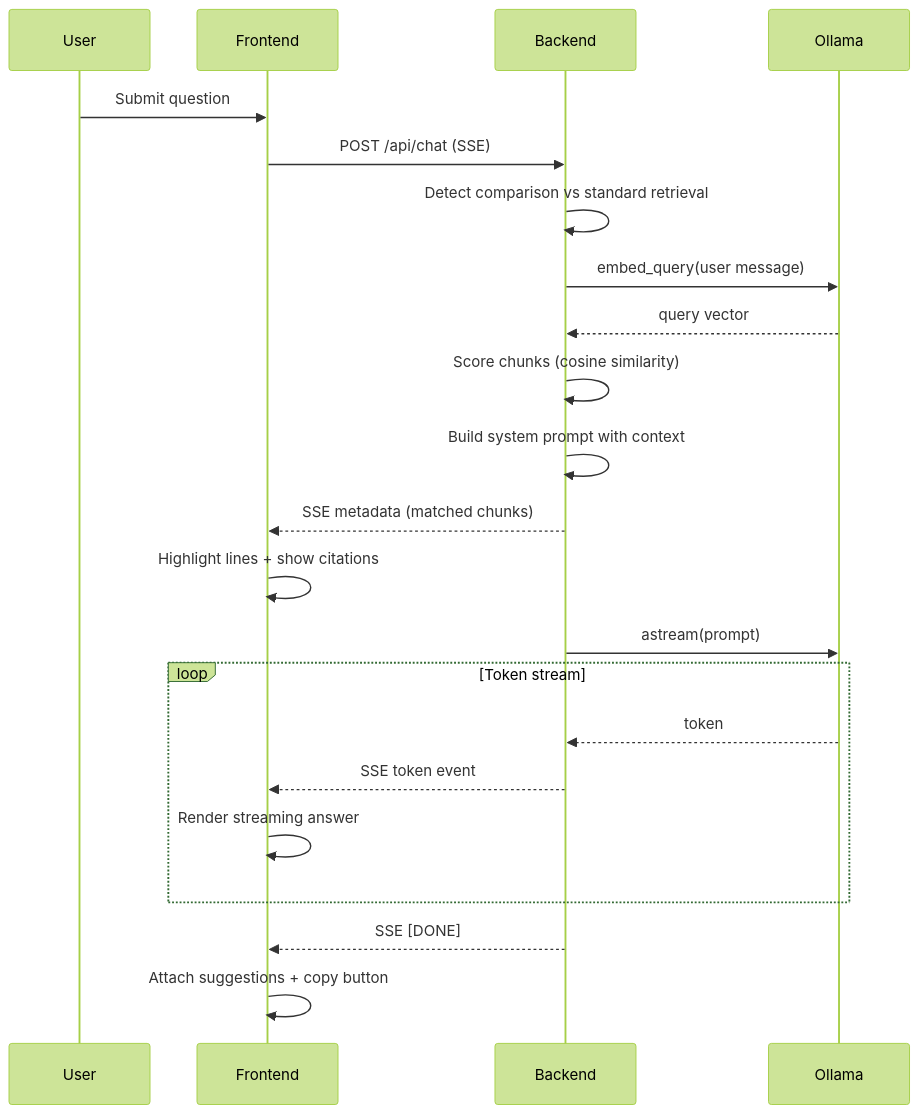
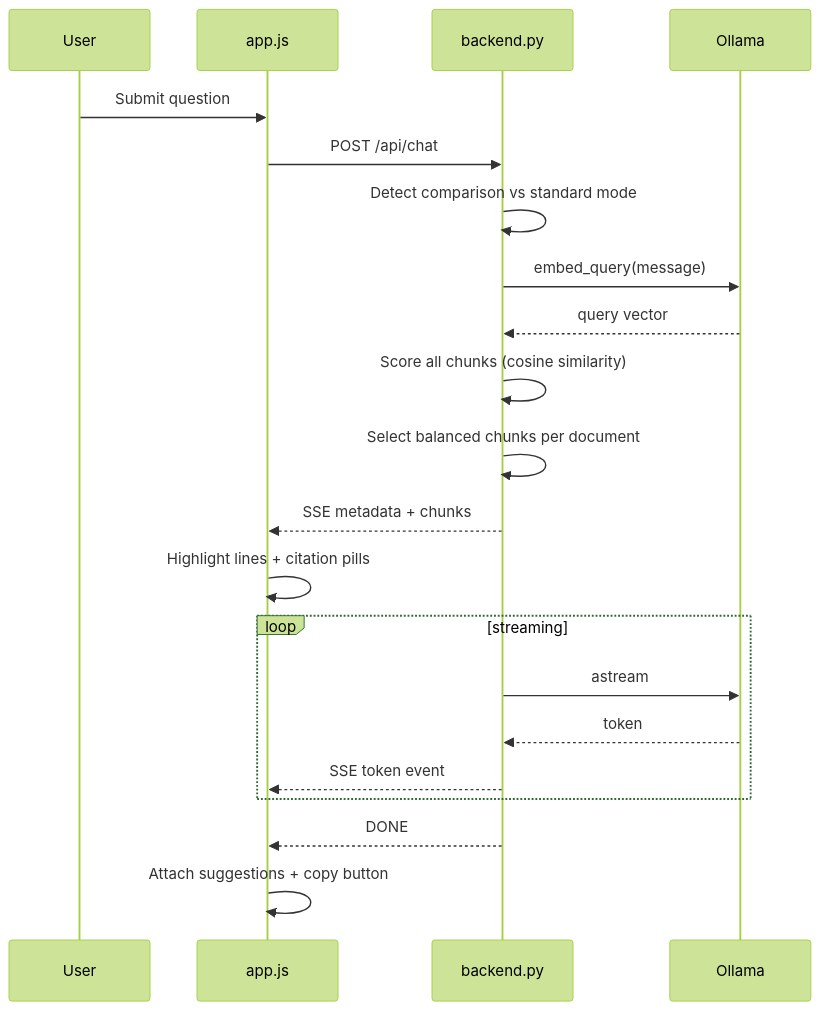
Before and after one commit to Garvit-821/Private-Legal-Research-Agent: the third of 8 diagrams in README.md, drawn with Mermaid (forest theme). The commit also changed other lines of this file and 1 other file, not shown here.

````diff
--- a/README.md
+++ b/README.md
@@ -217,25 +150,28 @@
 ```mermaid
 sequenceDiagram
-    participant U as User
-    participant F as Frontend
-    participant B as Backend
-    participant O as Ollama
+    participant User
+    participant UI as app.js
+    participant API as backend.py
+    participant OL as Ollama
 
-    U->>F: Submit question
-    F->>B: POST /api/chat (SSE)
-    B->>B: Detect comparison vs standard retrieval
-    B->>O: embed_query(user message)
-    O-->>B: query vector
-    B->>B: Score chunks (cosine similarity)
-    B->>B: Build system prompt with context
-    B-->>F: SSE metadata (matched chunks)
-    F->>F: Highlight lines + show citations
-    B->>O: astream(prompt)
-    loop Token stream
-        O-->>B: token
-        B-->>F: SSE token event
-        F->>F: Render streaming answer
+    User->>UI: Submit question
+    UI->>API: POST /api/chat
+
+    API->>API: Detect comparison vs standard mode
+    API->>OL: embed_query(message)
+    OL-->>API: query vector
+    API->>API: Score all chunks (cosine similarity)
+    API->>API: Select balanced chunks per document
+
+    API-->>UI: SSE metadata + chunks
+    UI->>UI: Highlight lines + citation pills
+
+    loop streaming
+        API->>OL: astream
+        OL-->>API: token
+        API-->>UI: SSE token event
     end
-    B-->>F: SSE [DONE]
-    F->>F: Attach suggestions + copy button
+
+    API-->>UI: DONE
+    UI->>UI: Attach suggestions + copy button
 ```
````
